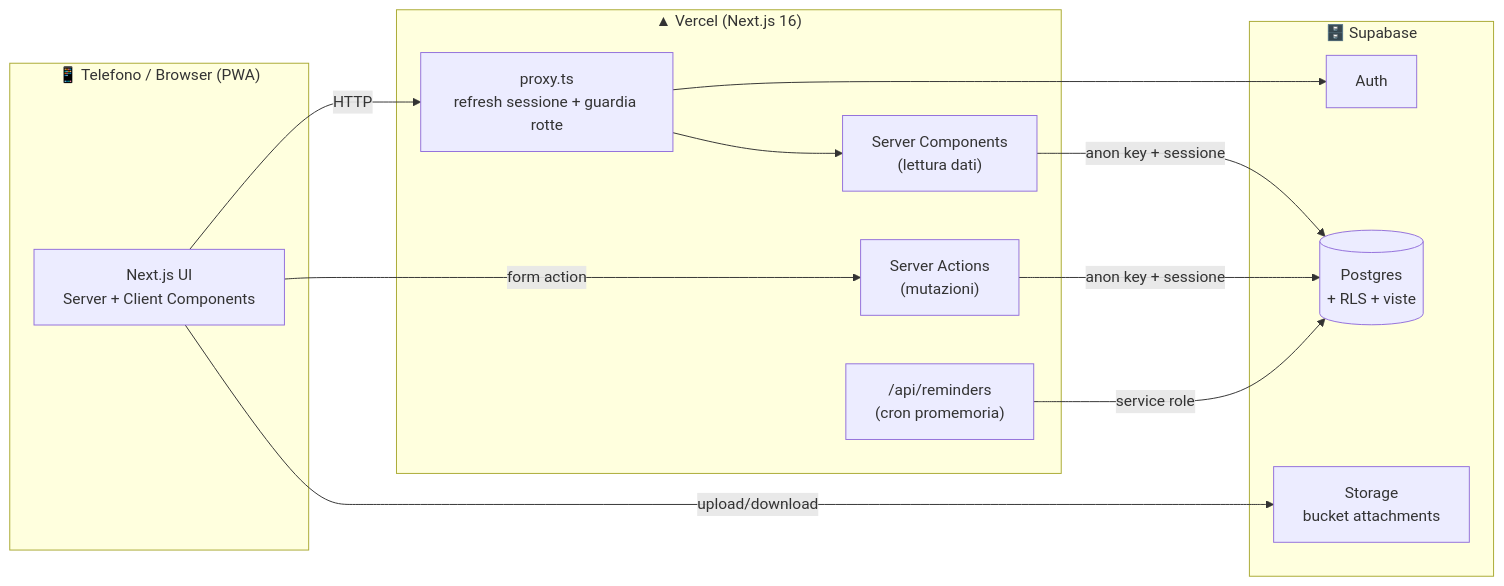
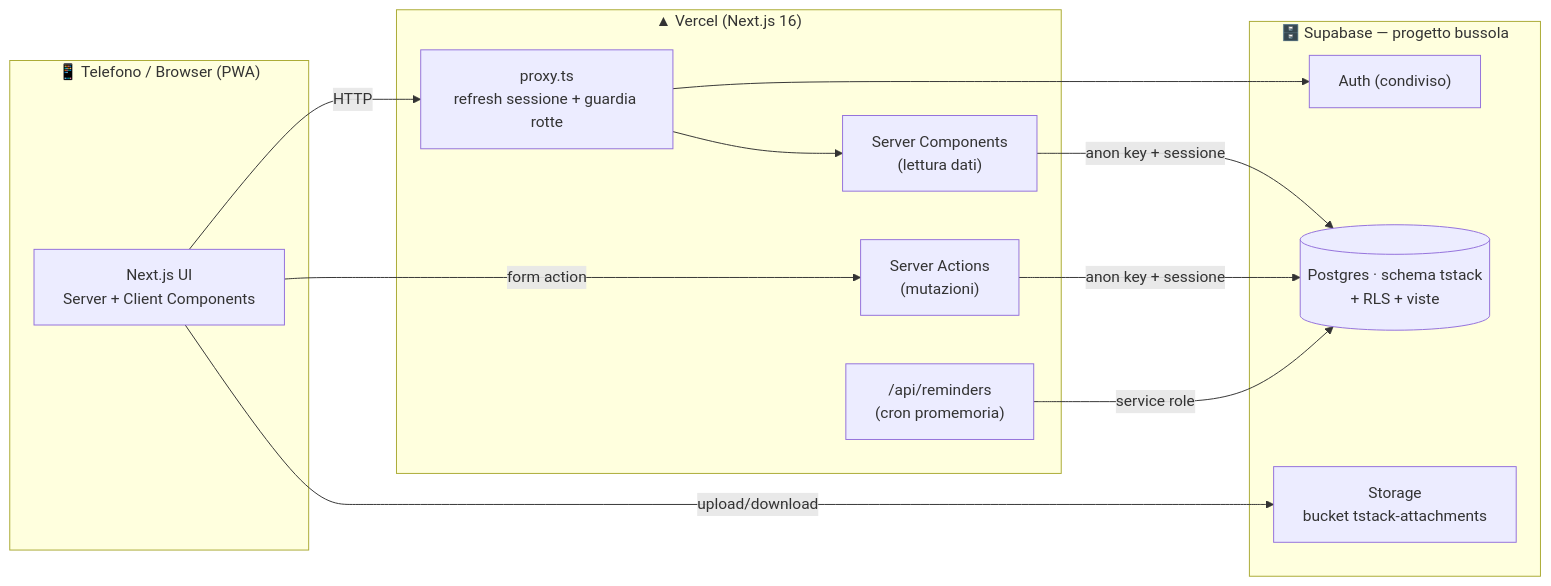
The first of 6 diagrams in docs/CODE_GRAPH.md (tramitemarketing/TramiteStack), drawn with Mermaid before and after one commit. The commit also changed 13 other files, not shown here.

First line of the commit message:
Integra T-Stack nello schema dedicato `tstack` del progetto Supabase "bussola"

````diff
--- a/docs/CODE_GRAPH.md
+++ b/docs/CODE_GRAPH.md
@@ -8,28 +8,28 @@
 ```mermaid
 flowchart LR
   subgraph Device["📱 Telefono / Browser (PWA)"]
     UI["Next.js UI<br/>Server + Client Components"]
   end
 
   subgraph Vercel["▲ Vercel (Next.js 16)"]
     Proxy["proxy.ts<br/>refresh sessione + guardia rotte"]
     RSC["Server Components<br/>(lettura dati)"]
     SA["Server Actions<br/>(mutazioni)"]
     API["/api/reminders<br/>(cron promemoria)"]
   end
 
-  subgraph Supabase["🗄️ Supabase"]
-    Auth["Auth"]
-    DB[("Postgres<br/>+ RLS + viste")]
-    Storage["Storage<br/>bucket attachments"]
+  subgraph Supabase["🗄️ Supabase — progetto bussola"]
+    Auth["Auth (condiviso)"]
+    DB[("Postgres · schema tstack<br/>+ RLS + viste")]
+    Storage["Storage<br/>bucket tstack-attachments"]
   end
 
   UI -->|HTTP| Proxy
   Proxy --> RSC
   UI -->|form action| SA
   RSC -->|anon key + sessione| DB
   SA -->|anon key + sessione| DB
   Proxy --> Auth
   UI -->|upload/download| Storage
   API -->|service role| DB
 ```
````
